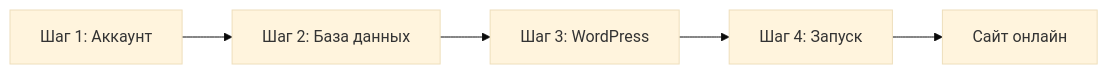
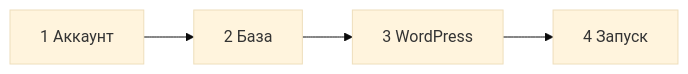
The diagram in docs/hosting/README.md (aleksandr-mazhul/mamp-wordpress-guide), drawn with Mermaid (base theme) before and after one commit. The commit also changed other lines of this file and 16 other files, not shown here.

````diff
--- a/docs/hosting/README.md
+++ b/docs/hosting/README.md
@@ -14,7 +14,6 @@
 ```mermaid
 flowchart LR
-    A[Шаг 1: Аккаунт] --> B[Шаг 2: База данных]
-    B --> C[Шаг 3: WordPress]
-    C --> D[Шаг 4: Запуск]
-    D --> E[Сайт онлайн]
+    A[1 Аккаунт] --> B[2 База]
+    B --> C[3 WordPress]
+    C --> D[4 Запуск]
 ```
````
